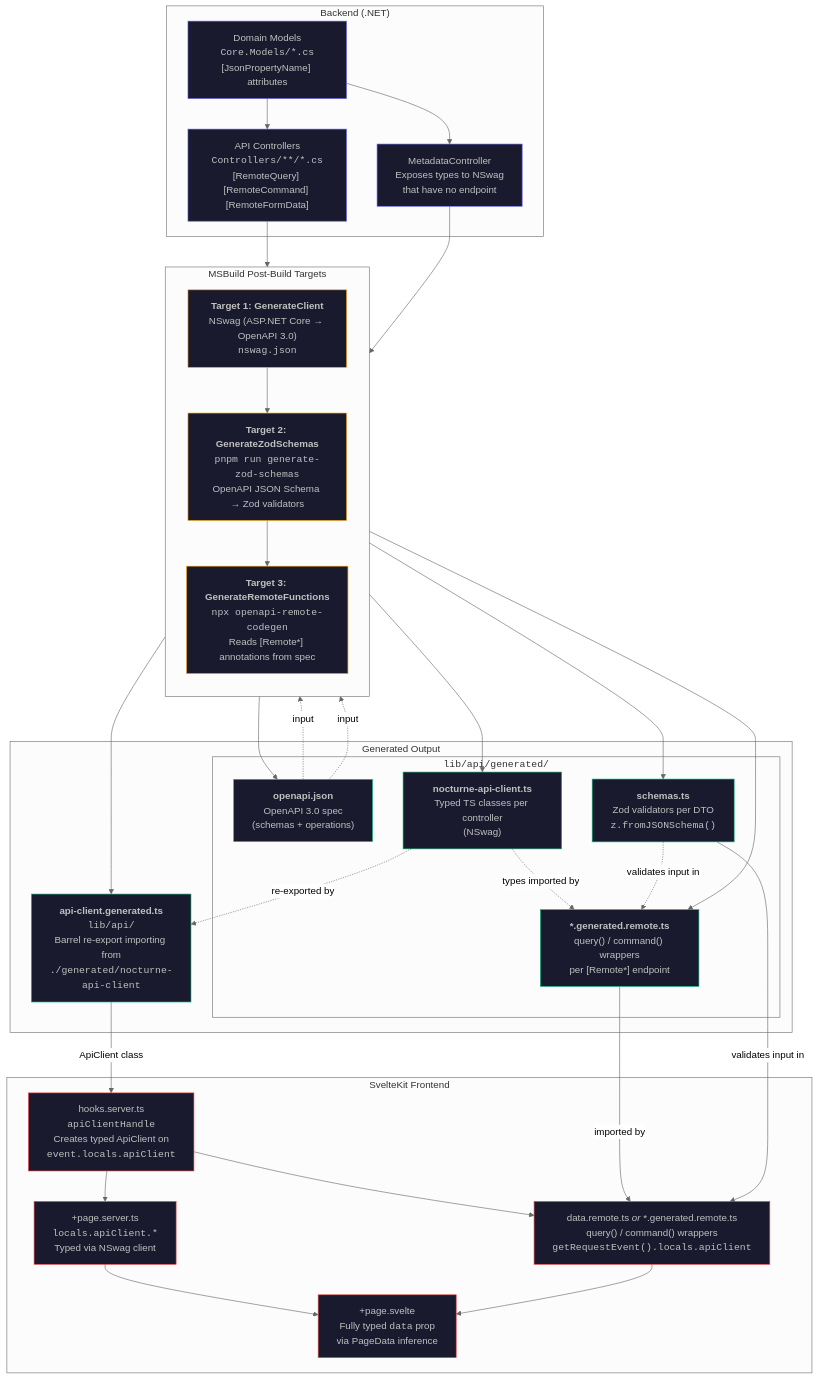
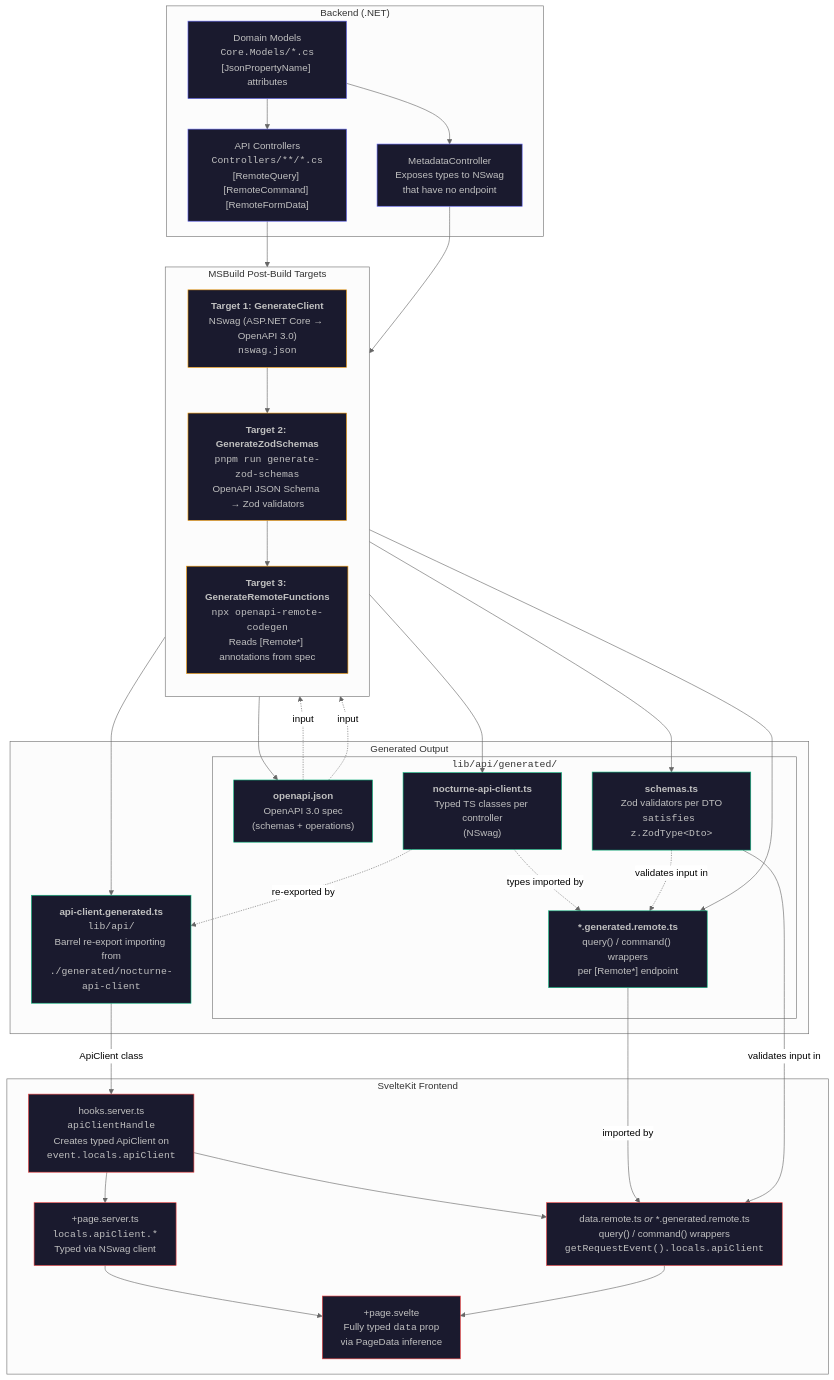
The diagram in docs/diagrams/type-safety-pipeline.mmd (nightscout/nocturne), drawn with Mermaid (neutral theme) before and after one commit. The commit also changed 15 other files, not shown here.

```diff
--- a/docs/diagrams/type-safety-pipeline.mmd
+++ b/docs/diagrams/type-safety-pipeline.mmd
@@ -1,66 +1,66 @@
 flowchart TD
     subgraph backend ["Backend (.NET)"]
         DM["Domain Models<br/><code>Core.Models/*.cs</code><br/>[JsonPropertyName] attributes"]
         CTRL["API Controllers<br/><code>Controllers/**/*.cs</code><br/>[RemoteQuery] [RemoteCommand] [RemoteFormData]"]
         META["MetadataController<br/>Exposes types to NSwag<br/>that have no endpoint"]
         DM --> CTRL
         DM --> META
     end
 
     subgraph msbuild ["MSBuild Post-Build Targets"]
         direction TB
         T1["<b>Target 1: GenerateClient</b><br/>NSwag (ASP.NET Core → OpenAPI 3.0)<br/><code>nswag.json</code>"]
         T2["<b>Target 2: GenerateZodSchemas</b><br/><code>pnpm run generate-zod-schemas</code><br/>OpenAPI JSON Schema → Zod validators"]
         T3["<b>Target 3: GenerateRemoteFunctions</b><br/><code>npx openapi-remote-codegen</code><br/>Reads [Remote*] annotations from spec"]
         T1 --> T2 --> T3
     end
 
     subgraph generated ["Generated Output"]
         subgraph gendir ["<code>lib/api/generated/</code>"]
             OAS["<b>openapi.json</b><br/>OpenAPI 3.0 spec<br/>(schemas + operations)"]
             CLIENT["<b>nocturne-api-client.ts</b><br/>Typed TS classes per controller<br/>(NSwag)"]
-            ZOD["<b>schemas.ts</b><br/>Zod validators per DTO<br/><code>z.fromJSONSchema()</code>"]
+            ZOD["<b>schemas.ts</b><br/>Zod validators per DTO<br/><code>satisfies z.ZodType&lt;Dto&gt;</code>"]
             REMOTE["<b>*.generated.remote.ts</b><br/>query() / command() wrappers<br/>per [Remote*] endpoint"]
         end
         APICLIENT["<b>api-client.generated.ts</b><br/><code>lib/api/</code><br/>Barrel re-export importing from<br/><code>./generated/nocturne-api-client</code>"]
     end
 
     subgraph frontend ["SvelteKit Frontend"]
         HOOKS["hooks.server.ts<br/><code>apiClientHandle</code><br/>Creates typed ApiClient on<br/><code>event.locals.apiClient</code>"]
         LOAD["+page.server.ts<br/><code>locals.apiClient.*</code><br/>Typed via NSwag client"]
         REMOTEFN["data.remote.ts <i>or</i> *.generated.remote.ts<br/>query() / command() wrappers<br/><code>getRequestEvent().locals.apiClient</code>"]
         PAGE["+page.svelte<br/>Fully typed <code>data</code> prop<br/>via PageData inference"]
         HOOKS --> LOAD
         HOOKS --> REMOTEFN
         LOAD --> PAGE
         REMOTEFN --> PAGE
     end
 
     CTRL --> T1
     META --> T1
 
     T1 --> OAS
     T1 --> CLIENT
     T2 --> ZOD
     T3 --> REMOTE
     T3 --> APICLIENT
 
     OAS -.->|"input"| T2
     OAS -.->|"input"| T3
     CLIENT -.->|"types imported by"| REMOTE
     CLIENT -.->|"re-exported by"| APICLIENT
     ZOD -.->|"validates input in"| REMOTE
 
     APICLIENT -->|"ApiClient class"| HOOKS
     REMOTE -->|"imported by"| REMOTEFN
     ZOD -->|"validates input in"| REMOTEFN
 
     classDef backendNode fill:#1a1a2e,stroke:#6366f1,color:#c0c0c0
     classDef buildNode fill:#1a1a2e,stroke:#f59e0b,color:#c0c0c0
     classDef genNode fill:#1a1a2e,stroke:#10b981,color:#c0c0c0
     classDef feNode fill:#1a1a2e,stroke:#ef4444,color:#c0c0c0
 
     class DM,CTRL,META backendNode
     class T1,T2,T3 buildNode
     class OAS,CLIENT,ZOD,REMOTE,APICLIENT genNode
     class HOOKS,LOAD,REMOTEFN,PAGE feNode
```
